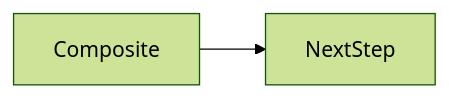
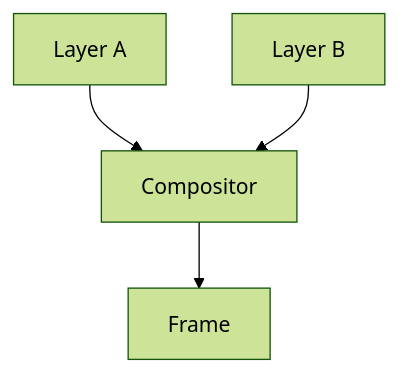
Before and after one commit to OmidJavaherii/Frontend-Engineering-Handbook: the second of 2 diagrams in docs/en/03-browser/composite/index.md, drawn with Mermaid (forest theme). The commit also changed other lines of this file and 461 other files, not shown here.

````diff
--- a/docs/en/03-browser/composite/index.md
+++ b/docs/en/03-browser/composite/index.md
@@ -97,4 +109,5 @@
 ```mermaid
-flowchart LR
-  concept[Composite] --> nextStep[NextStep]
+flowchart TB
+  L1[Layer A] --> Comp[Compositor]
+  L2[Layer B] --> Comp --> Frame[Frame]
 ```
````
